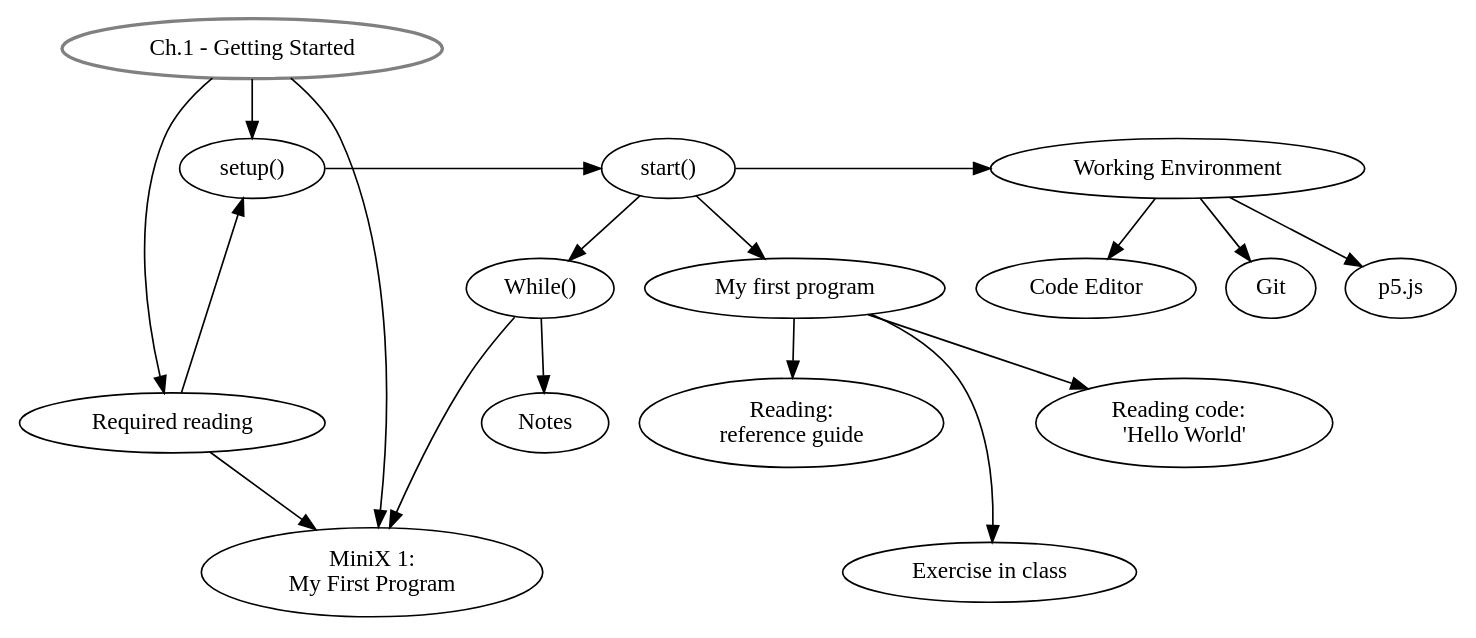
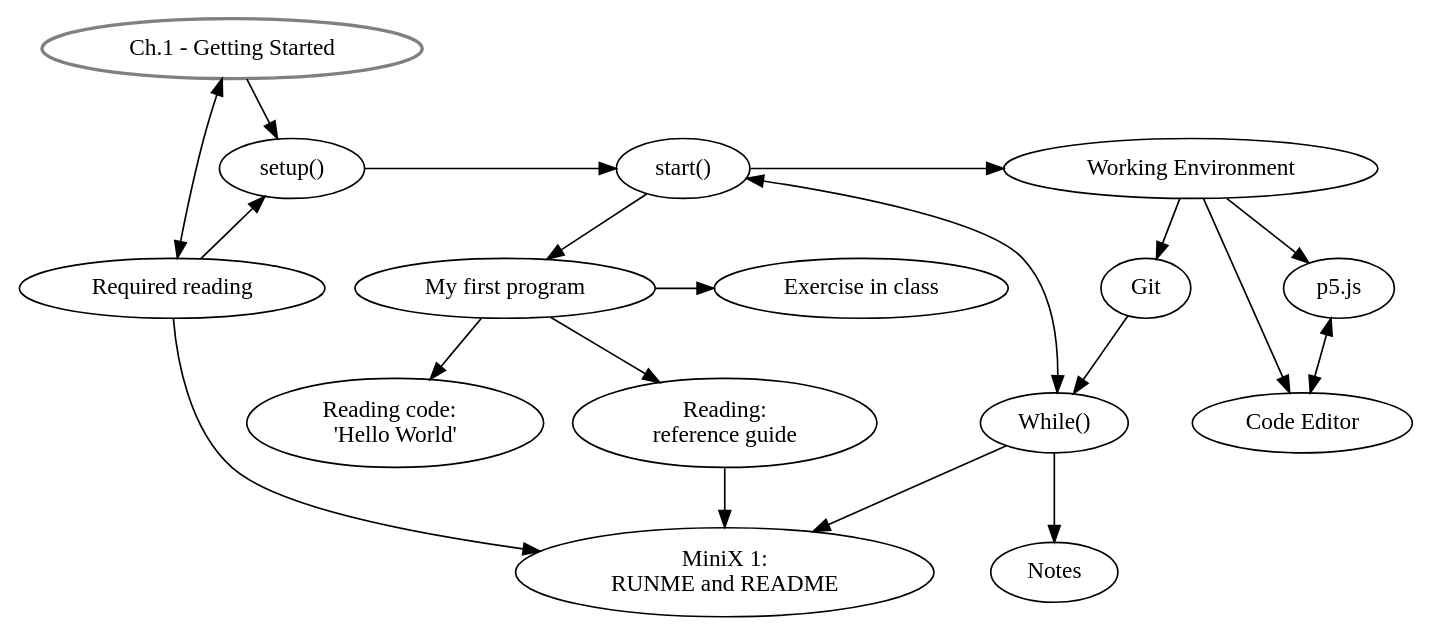
One commit to danbz/aesthetic-programming changed the diagram in graphviz/AP_ch1.dot. Above: the diagram before and after it, drawn with Graphviz. The commit also changed 2 other files, not shown here.

Commit message:
update ch.1 flowchart

```diff
--- a/graphviz/AP_ch1.dot
+++ b/graphviz/AP_ch1.dot
@@ -1,43 +1,48 @@
 digraph G {
 //labels
 GS [
 label="Ch.1 - Getting Started",
 style=bold,
 color=grey,
 ]
 
 SU [label="setup()"]
 ST [label="start()"]
 WE [label="Working Environment"]
 p5 [label="p5.js"]
 CE [label="Code Editor"]
 MFP [label="My first program"]
 EiC [label="Exercise in class"]
 RC [label="Reading code:  \n'Hello World'"]
 RG [label="Reading: \nreference guide"]
 Git [label="Git"]
 MW [label="While()"]
-MX [label="MiniX 1: \nMy First Program"]
+MX [label="MiniX 1: \nRUNME and README"]
 RR [label="Required reading"]
 Notes [label="Notes"]
 
 {rank = same; ST, SU}
 {rank = same; WE, SU}
-{rank = same; RC, RR}
-{rank = same; MX, EiC}
+{rank = same; MFP, EiC}
+{rank = same; Git, EiC}
+{rank = same; MFP, RR}
+
 
 //graph
 GS -> SU -> ST;
-GS -> RR, MX;
 ST -> WE;
+GS -> RR[dir=both,minlen=2];
 WE -> p5;
 WE -> CE;
 WE -> Git;
 ST -> MFP;
-MFP -> EiC;
+MFP -> EiC[minlen=2];
 MFP -> RC;
 MFP -> RG;
-ST -> MW -> Notes;
-MW -> MX;
+ST -> MW [dir=both];
+MW -> MX, Notes;
 RR -> MX, SU;
+Git -> MW;
+RG -> MX;
+p5 -> CE [dir=both];
 }
```
